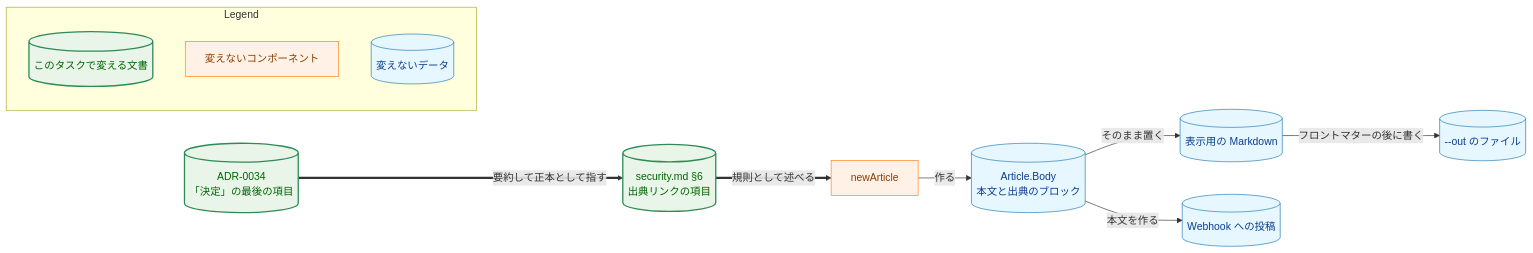
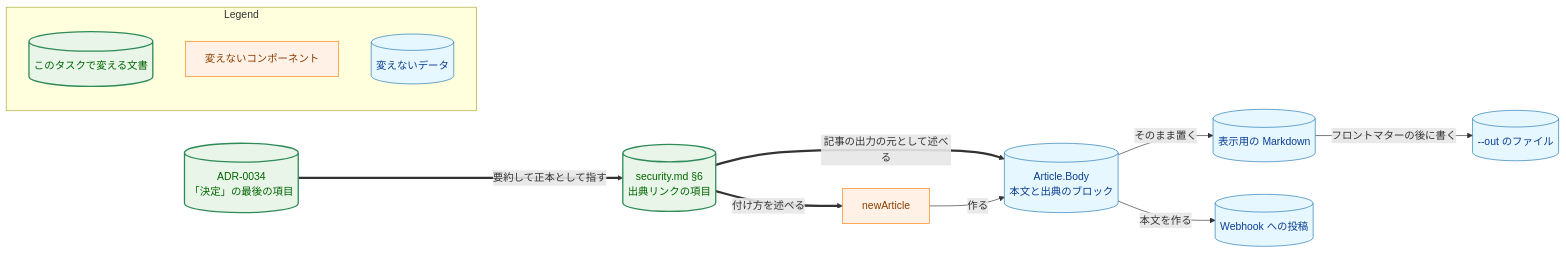
Before and after one commit to isseis/yt2column: the diagram in docs/tasks/0071_security_source_link/02_architecture.md, drawn with Mermaid. The commit also changed other lines of this file, not shown here.

Commit message:
docs(0071): address the architecture review and the prose pass

````diff
--- a/docs/tasks/0071_security_source_link/02_architecture.md
+++ b/docs/tasks/0071_security_source_link/02_architecture.md
@@ -47,34 +49,35 @@
 ```mermaid
 flowchart LR
     classDef data fill:#e6f7ff,stroke:#1f77b4,stroke-width:1px,color:#0b3d91;
     classDef process fill:#fff1e6,stroke:#ff7f0e,stroke-width:1px,color:#8a3e00;
     classDef enhanced fill:#e8f5e8,stroke:#2e8b57,stroke-width:2px,color:#006400;
 
     SEC[("security.md §6<br>出典リンクの項目")]
     ADR[("ADR-0034<br>「決定」の最後の項目")]
     NA["newArticle"]
     BODY[("Article.Body<br>本文と出典のブロック")]
     DISP[("表示用の Markdown")]
     FILE[("--out のファイル")]
     POST[("Webhook への投稿")]
 
     ADR ==>|"要約して正本として指す"| SEC
-    SEC ==>|"規則として述べる"| NA
+    SEC ==>|"付け方を述べる"| NA
+    SEC ==>|"記事の出力の元として述べる"| BODY
     NA -->|"作る"| BODY
     BODY -->|"そのまま置く"| DISP
     DISP -->|"フロントマターの後に書く"| FILE
     BODY -->|"本文を作る"| POST
 
     class SEC,ADR enhanced
     class NA process
     class BODY,DISP,FILE,POST data
 
     subgraph Legend["Legend"]
         L1[("このタスクで変える文書")]
         L2["変えないコンポーネント"]
         L3[("変えないデータ")]
     end
     class L1 enhanced
     class L2 process
     class L3 data
 ```
````
